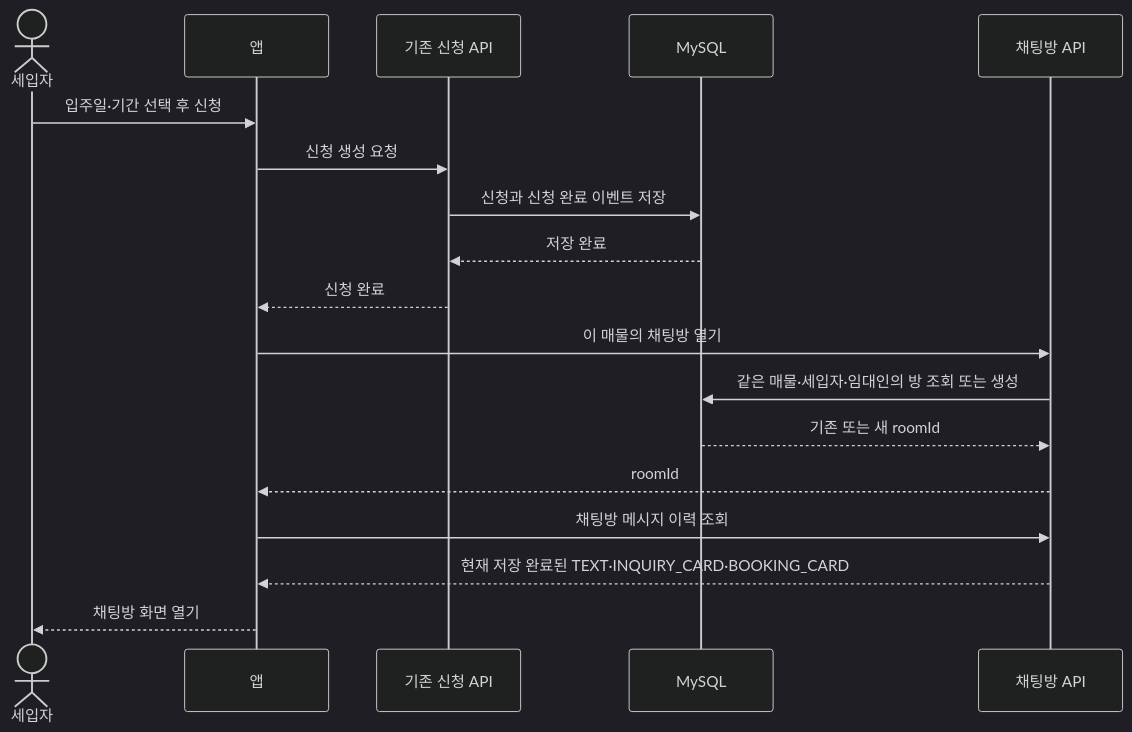
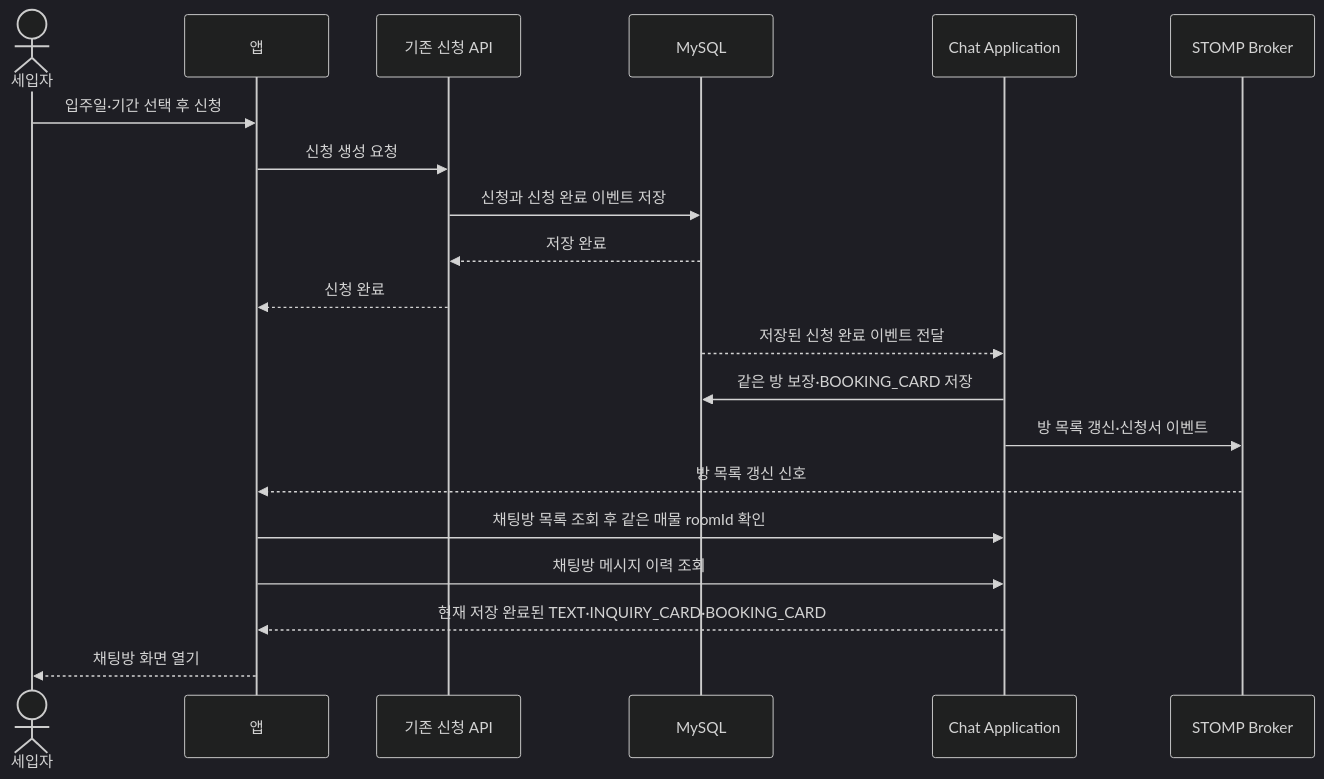
One commit to jameskim9509/Kohere-backend changed the second of 16 diagrams in docs/architecture/chat/05-sequence-diagrams.md. Above: the diagram before and after it, drawn with Mermaid (dark theme). The commit also changed other lines of this file and 28 other files, not shown here.

````diff
--- a/docs/architecture/chat/05-sequence-diagrams.md
+++ b/docs/architecture/chat/05-sequence-diagrams.md
@@ -45,21 +46,23 @@
 ```mermaid
 sequenceDiagram
     actor U as 세입자
     participant APP as 앱
     participant BOOK as 기존 신청 API
     participant DB as MySQL
-    participant CHAT as 채팅방 API
+    participant CHAT as Chat Application
+    participant BROKER as STOMP Broker
 
     U->>APP: 입주일·기간 선택 후 신청
     APP->>BOOK: 신청 생성 요청
     BOOK->>DB: 신청과 신청 완료 이벤트 저장
     DB-->>BOOK: 저장 완료
     BOOK-->>APP: 신청 완료
-    APP->>CHAT: 이 매물의 채팅방 열기
-    CHAT->>DB: 같은 매물·세입자·임대인의 방 조회 또는 생성
-    DB-->>CHAT: 기존 또는 새 roomId
-    CHAT-->>APP: roomId
+    DB-->>CHAT: 저장된 신청 완료 이벤트 전달
+    CHAT->>DB: 같은 방 보장·BOOKING_CARD 저장
+    CHAT->>BROKER: 방 목록 갱신·신청서 이벤트
+    BROKER-->>APP: 방 목록 갱신 신호
+    APP->>CHAT: 채팅방 목록 조회 후 같은 매물 roomId 확인
     APP->>CHAT: 채팅방 메시지 이력 조회
     CHAT-->>APP: 현재 저장 완료된 TEXT·INQUIRY_CARD·BOOKING_CARD
     APP-->>U: 채팅방 화면 열기
 ```
````
